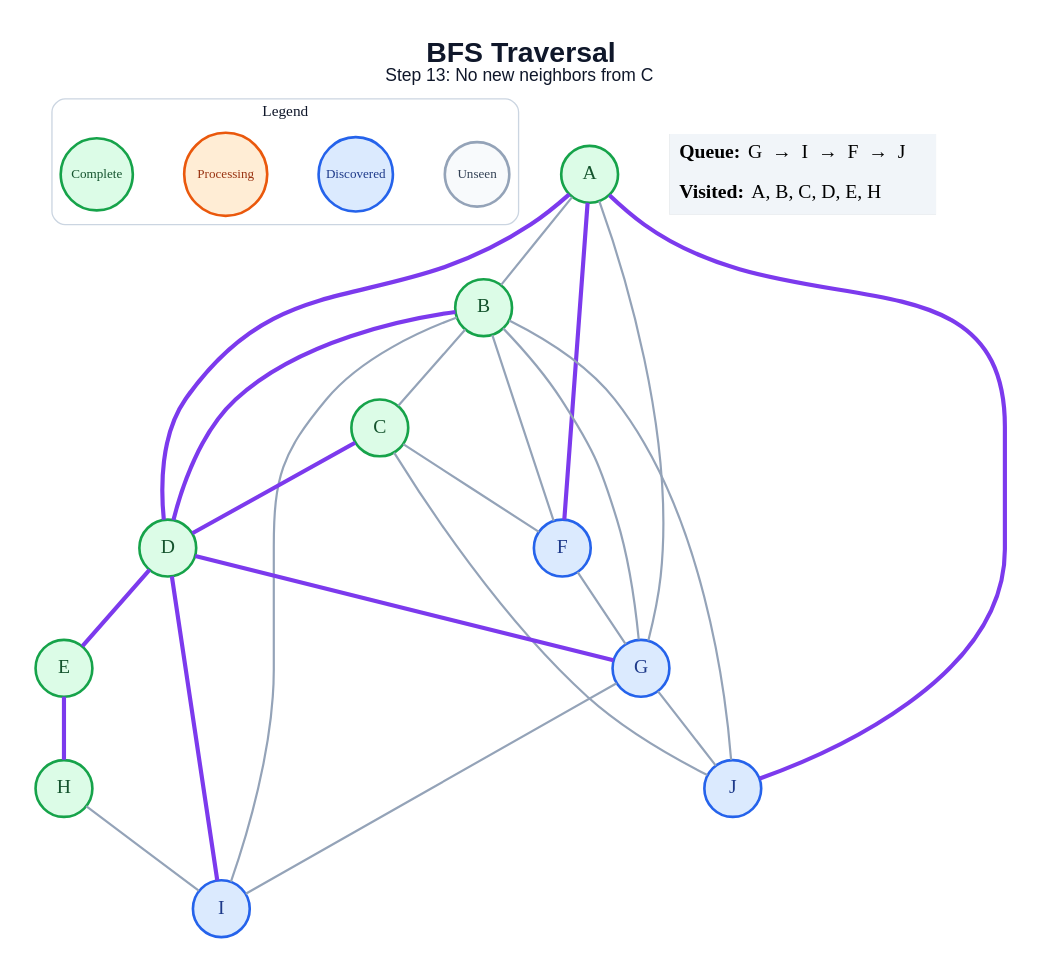
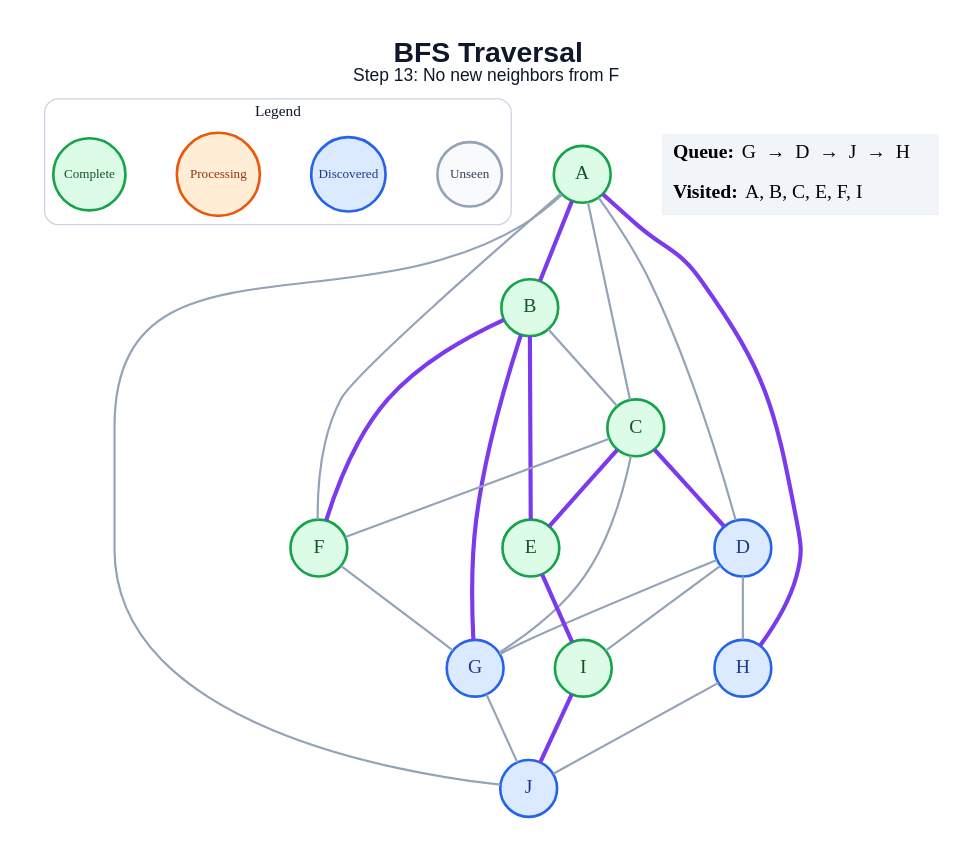
The diagram in generated/specific-node/bfs/step_13.dot (amanghodawala9/ai-slop), drawn with Graphviz before and after one commit. The commit also changed 178 other files, not shown here.

```diff
--- a/generated/specific-node/bfs/step_13.dot
+++ b/generated/specific-node/bfs/step_13.dot
@@ -1,51 +1,51 @@
 graph traversal {
   graph [layout=dot, rankdir=TB, bgcolor="#FFFFFF", pad="0.35", nodesep="0.65", ranksep="0.8", fontname="Arial"];
   node [shape=circle, style="filled", fontname="Arial Bold", fontsize=18, width=0.72, fixedsize=true, penwidth=2.4];
   edge [color="#94A3B8", penwidth=2.0];
-  label=<<B>BFS Traversal</B><BR/><FONT POINT-SIZE="16">Step 13: No new neighbors from C</FONT>>; labelloc="t"; fontsize=26; fontname="Arial"; fontcolor="#0F172A";
+  label=<<B>BFS Traversal</B><BR/><FONT POINT-SIZE="16">Step 13: No new neighbors from F</FONT>>; labelloc="t"; fontsize=26; fontname="Arial"; fontcolor="#0F172A";
   subgraph cluster_legend { label="Legend"; color="#CBD5E1"; penwidth=1.2; style="rounded"; fontsize=14; fontname="Arial Bold";
     key_unseen [label="Unseen", fillcolor="#F8FAFC", color="#94A3B8", fontcolor="#334155", fontsize=12, width=0.82];
     key_frontier [label="Discovered", fillcolor="#DBEAFE", color="#2563EB", fontcolor="#1E3A8A", fontsize=12, width=0.95];
     key_current [label="Processing", fillcolor="#FFEDD5", color="#EA580C", fontcolor="#9A3412", fontsize=12, width=1.05];
     key_done [label="Complete", fillcolor="#DCFCE7", color="#16A34A", fontcolor="#14532D", fontsize=12, width=0.92];
     { rank=same; key_unseen; key_frontier; key_current; key_done; }
   }
   A [fillcolor="#DCFCE7", color="#16A34A", fontcolor="#14532D"];
   B [fillcolor="#DCFCE7", color="#16A34A", fontcolor="#14532D"];
   C [fillcolor="#DCFCE7", color="#16A34A", fontcolor="#14532D"];
-  D [fillcolor="#DCFCE7", color="#16A34A", fontcolor="#14532D"];
+  D [fillcolor="#DBEAFE", color="#2563EB", fontcolor="#1E3A8A"];
   E [fillcolor="#DCFCE7", color="#16A34A", fontcolor="#14532D"];
-  F [fillcolor="#DBEAFE", color="#2563EB", fontcolor="#1E3A8A"];
+  F [fillcolor="#DCFCE7", color="#16A34A", fontcolor="#14532D"];
   G [fillcolor="#DBEAFE", color="#2563EB", fontcolor="#1E3A8A"];
-  H [fillcolor="#DCFCE7", color="#16A34A", fontcolor="#14532D"];
-  I [fillcolor="#DBEAFE", color="#2563EB", fontcolor="#1E3A8A"];
+  H [fillcolor="#DBEAFE", color="#2563EB", fontcolor="#1E3A8A"];
+  I [fillcolor="#DCFCE7", color="#16A34A", fontcolor="#14532D"];
   J [fillcolor="#DBEAFE", color="#2563EB", fontcolor="#1E3A8A"];
-  A -- B;
-  A -- D [color="#7C3AED", penwidth=3.8];
-  A -- F [color="#7C3AED", penwidth=3.8];
-  A -- G;
-  A -- J [color="#7C3AED", penwidth=3.8];
+  A -- B [color="#7C3AED", penwidth=3.8];
+  A -- C;
+  A -- D;
+  A -- F;
+  A -- H [color="#7C3AED", penwidth=3.8];
+  A -- J;
   B -- C;
-  B -- D [color="#7C3AED", penwidth=3.8];
-  B -- F;
-  B -- G;
-  B -- I;
-  B -- J;
+  B -- E [color="#7C3AED", penwidth=3.8];
+  B -- F [color="#7C3AED", penwidth=3.8];
+  B -- G [color="#7C3AED", penwidth=3.8];
   C -- D [color="#7C3AED", penwidth=3.8];
+  C -- E [color="#7C3AED", penwidth=3.8];
   C -- F;
-  C -- J;
-  D -- E [color="#7C3AED", penwidth=3.8];
-  D -- G [color="#7C3AED", penwidth=3.8];
-  D -- I [color="#7C3AED", penwidth=3.8];
-  E -- H [color="#7C3AED", penwidth=3.8];
+  C -- G;
+  D -- G;
+  D -- H;
+  D -- I;
+  E -- I [color="#7C3AED", penwidth=3.8];
   F -- G;
-  G -- I;
   G -- J;
-  H -- I;
+  H -- J;
+  I -- J [color="#7C3AED", penwidth=3.8];
   status [shape=plain, fixedsize=false, width=0, height=0, margin=0, label=<
     <TABLE BORDER="0" CELLBORDER="0" CELLPADDING="7" BGCOLOR="#F1F5F9">
-      <TR><TD ALIGN="LEFT"><B>Queue:</B> G  →  I  →  F  →  J</TD></TR>
-      <TR><TD ALIGN="LEFT"><B>Visited:</B> A, B, C, D, E, H</TD></TR>
+      <TR><TD ALIGN="LEFT"><B>Queue:</B> G  →  D  →  J  →  H</TD></TR>
+      <TR><TD ALIGN="LEFT"><B>Visited:</B> A, B, C, E, F, I</TD></TR>
     </TABLE>
   >];
 }
```
